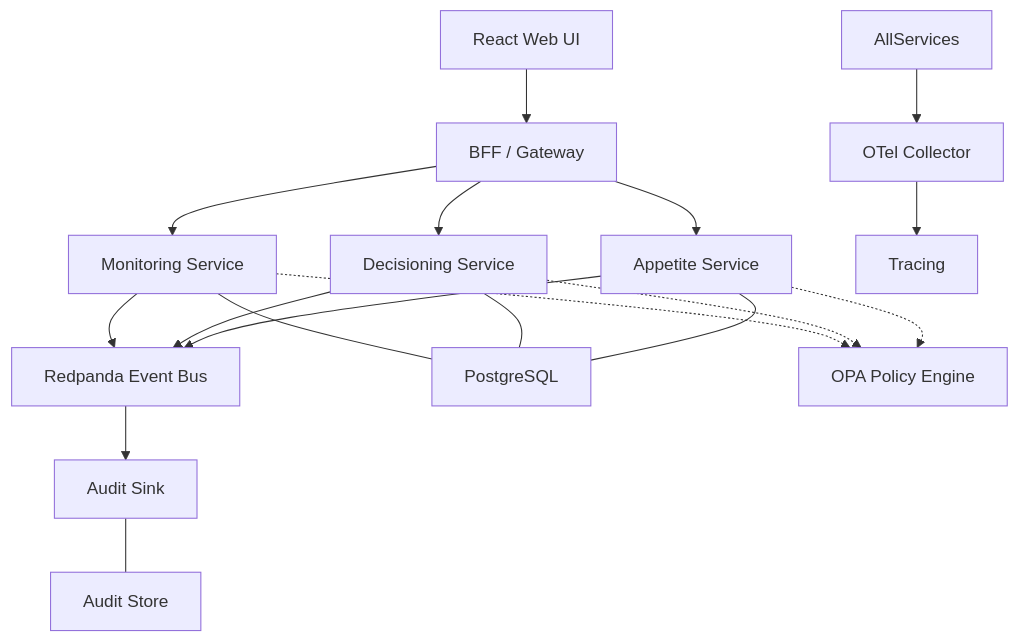
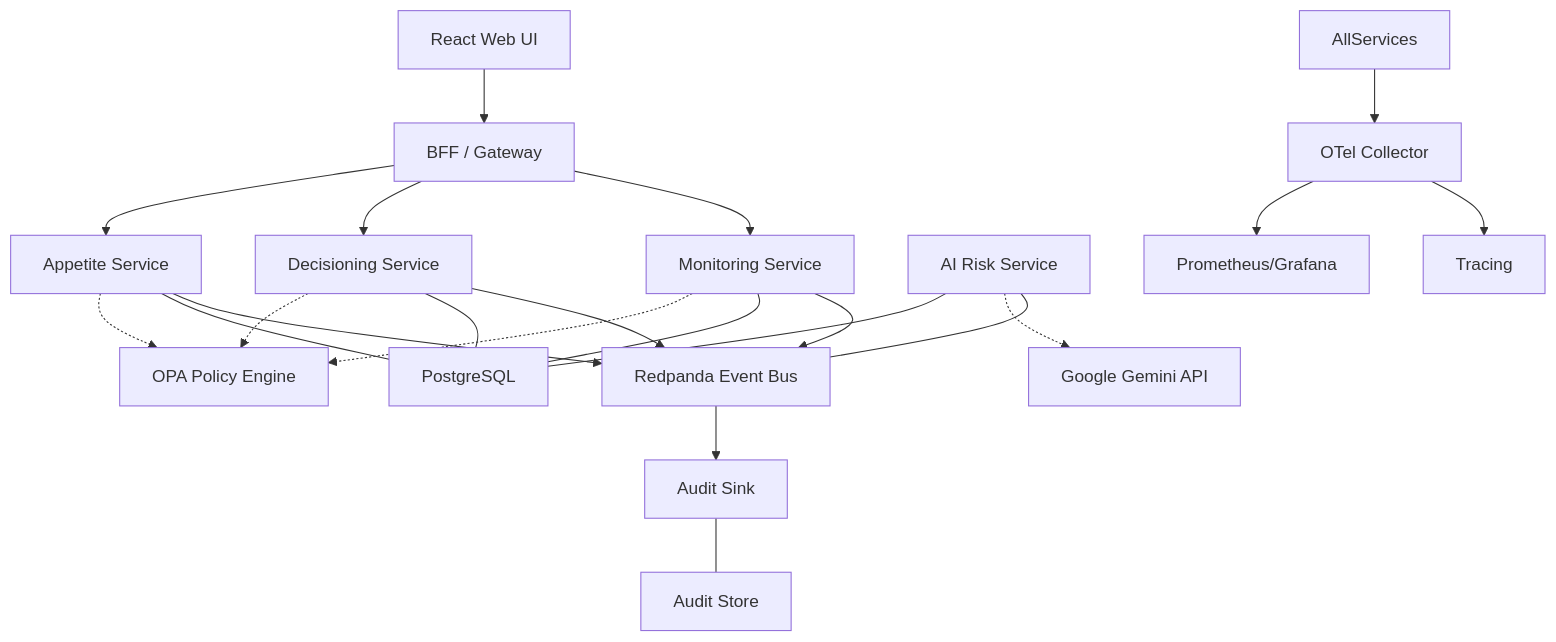
The diagram in content/enterprise-architecture/04-solutions/tech-stack.md (Domtellis/erm-platform), drawn with Mermaid before and after one commit. The commit also changed other lines of this file and 158 other files, not shown here.

````diff
--- a/content/enterprise-architecture/04-solutions/tech-stack.md
+++ b/content/enterprise-architecture/04-solutions/tech-stack.md
@@ -53,25 +57,29 @@
 ```mermaid
 graph TD
     UI[React Web UI] --> GW[BFF / Gateway]
     GW --> MB[Monitoring Service]
     GW --> DA[Decisioning Service]
     GW --> AC[Appetite Service]
     
     MB --> BUS[Redpanda Event Bus]
     DA --> BUS
     AC --> BUS
+    AI[AI Risk Service] --- BUS
+    AI -.-> GEM[Google Gemini API]
     
     MB --- DB[PostgreSQL]
     DA --- DB[PostgreSQL]
     AC --- DB[PostgreSQL]
+    AI --- DB[PostgreSQL]
     
     MB -.-> OPA[OPA Policy Engine]
     DA -.-> OPA[OPA Policy Engine]
     AC -.-> OPA[OPA Policy Engine]
     
     BUS --> AR[Audit Sink]
     AR --- AS[Audit Store]
     
     AllServices --> OTel[OTel Collector]
     OTel --> Jaeger[Tracing]
+    OTel --> Prom[Prometheus/Grafana]
 ```
````
